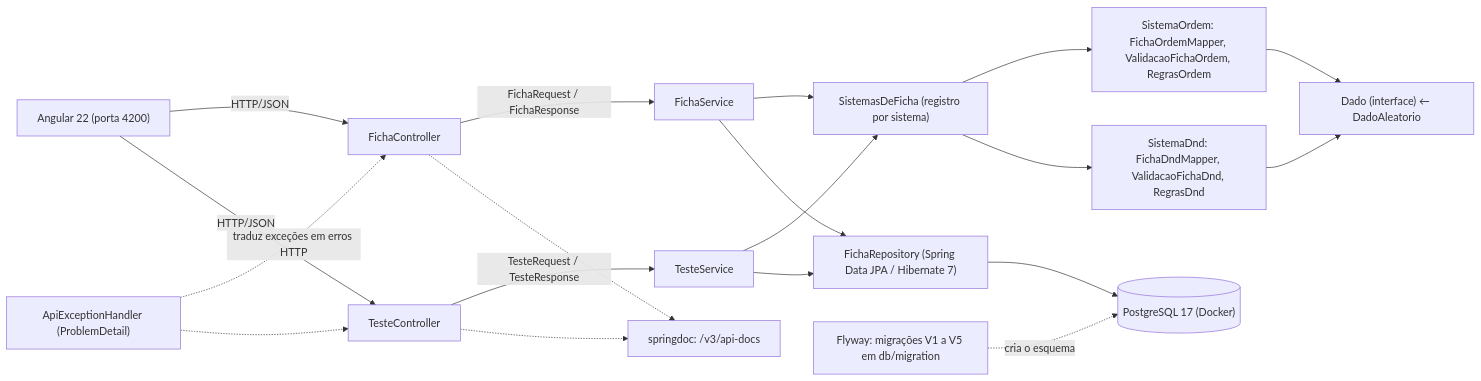
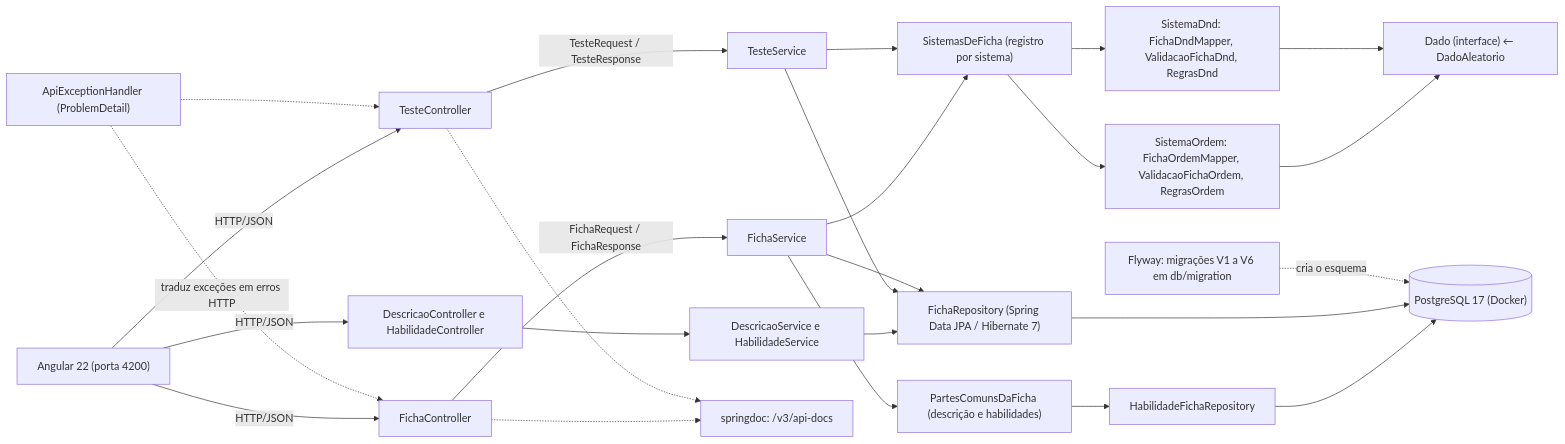
One commit to Deive25/Gerenciador-de-Fichas-RPG changed the first of 2 diagrams in README.md. Above: the diagram before and after it, drawn with Mermaid. The commit also changed other lines of this file and 2 other files, not shown here.

Commit message:
docs: README do 2.1g e ADR 0018 (listas da ficha em recursos proprios)

````diff
--- a/README.md
+++ b/README.md
@@ -271,21 +306,27 @@
 ```mermaid
 flowchart LR
     A["Angular 22 (porta 4200)"] -->|HTTP/JSON| B[FichaController]
     B -->|FichaRequest / FichaResponse| C[FichaService]
     C --> SS["SistemasDeFicha (registro por sistema)"]
+    A -->|HTTP/JSON| DH["DescricaoController e HabilidadeController"]
+    DH --> DS["DescricaoService e HabilidadeService"]
+    DS --> R
+    C --> PC["PartesComunsDaFicha (descrição e habilidades)"]
+    PC --> HR["HabilidadeFichaRepository"]
+    HR --> D
     A -->|HTTP/JSON| T[TesteController]
     T -->|TesteRequest / TesteResponse| S[TesteService]
     S --> SS
     SS --> SO["SistemaOrdem: FichaOrdemMapper, ValidacaoFichaOrdem, RegrasOrdem"]
     SS --> SD["SistemaDnd: FichaDndMapper, ValidacaoFichaDnd, RegrasDnd"]
     SO --> Q["Dado (interface) ← DadoAleatorio"]
     SD --> Q
     S --> R
     C --> R["FichaRepository (Spring Data JPA / Hibernate 7)"]
     R --> D[("PostgreSQL 17 (Docker)")]
-    F["Flyway: migrações V1 a V5 em db/migration"] -.->|cria o esquema| D
+    F["Flyway: migrações V1 a V6 em db/migration"] -.->|cria o esquema| D
     X["ApiExceptionHandler (ProblemDetail)"] -.->|traduz exceções em erros HTTP| B
     B -.-> O["springdoc: /v3/api-docs"]
     T -.-> O
     X -.-> T
 ```
````
